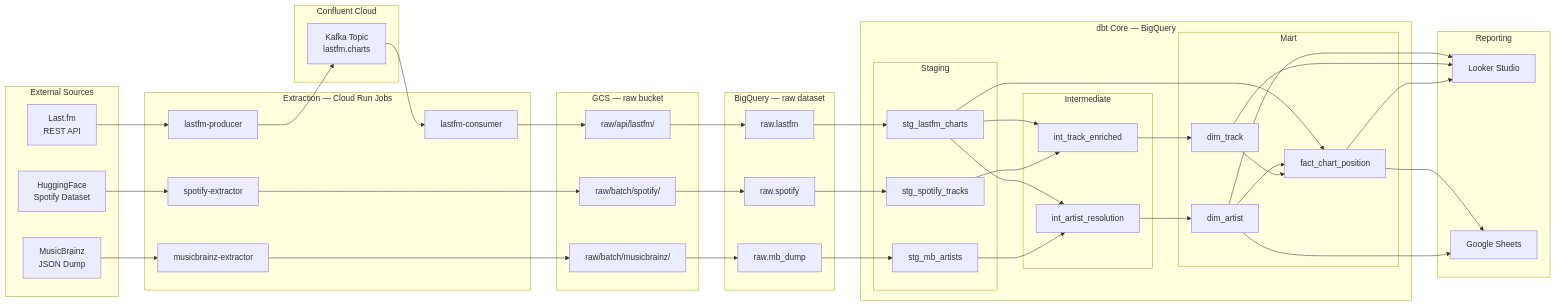
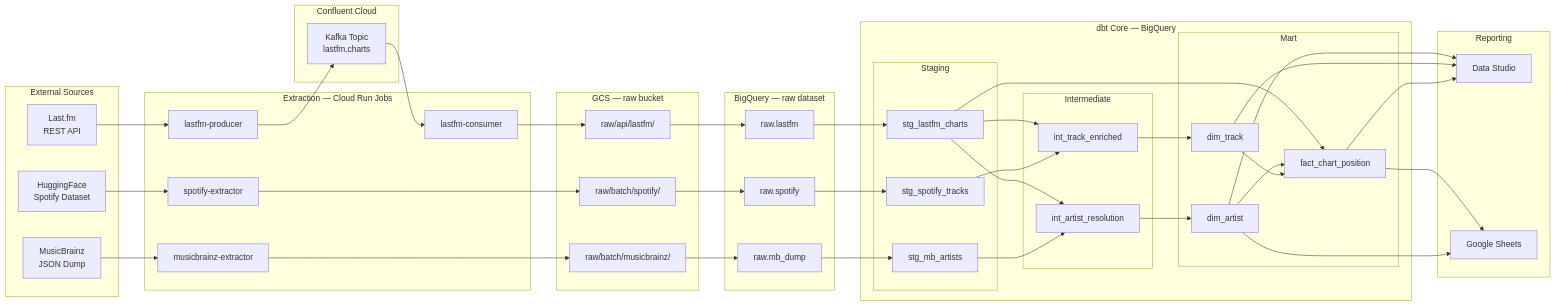
One commit to dbryne03/gcp-music-0001 changed the first of 3 diagrams in TDD.md. Above: the diagram before and after it, drawn with Mermaid. The commit also changed other lines of this file and 3 other files, not shown here.

Commit message:
[docs] - rename Looker Studio to Data Studio (rebranded Apr 2026)

```diff
--- a/TDD.md
+++ b/TDD.md
@@ -102,7 +102,7 @@
     end
 
     subgraph RPT["Reporting"]
-        LOOKER["Looker Studio"]
+        LOOKER["Data Studio"]
         SHEETS["Google Sheets"]
     end
 
```
